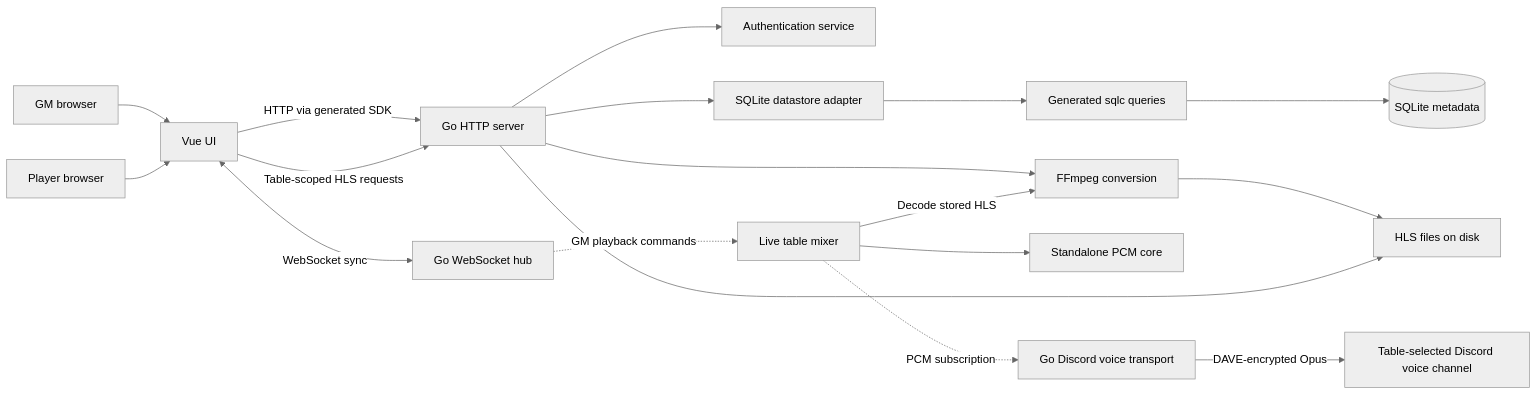
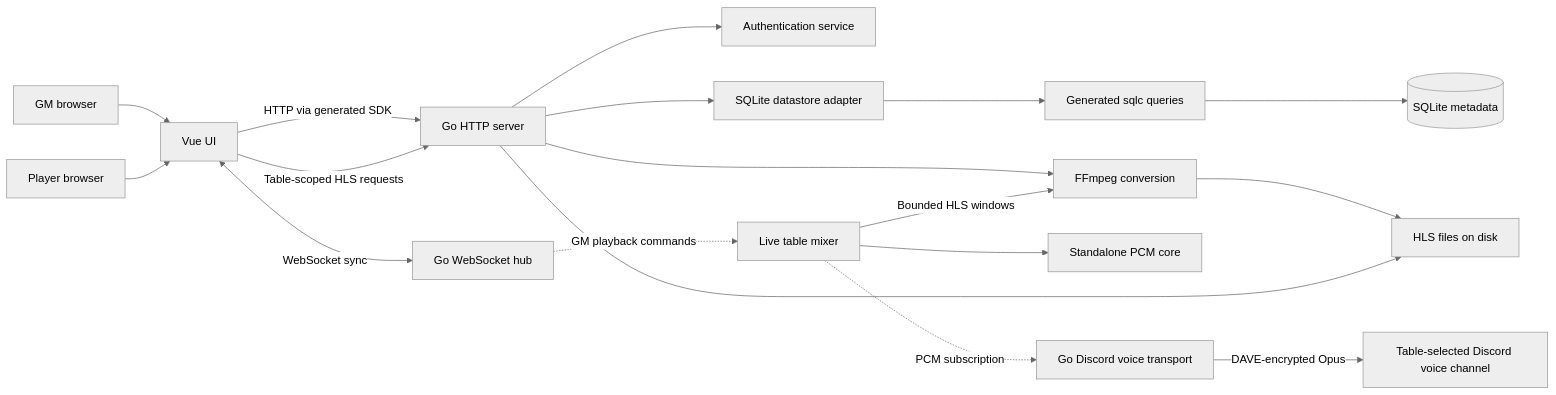
One commit to terrabitz/rpg-audio-streamer changed the diagram in docs/architecture.md. Above: the diagram before and after it, drawn with Mermaid (neutral theme). The commit also changed other lines of this file and 9 other files, not shown here.

Commit message:
feat(mixer): stream long tracks through bounded PCM windows

````diff
--- a/docs/architecture.md
+++ b/docs/architecture.md
@@ -11,20 +11,20 @@
 ```mermaid
 flowchart LR
   GM[GM browser] --> UI[Vue UI]
   Player[Player browser] --> UI
   UI -->|HTTP via generated SDK| API[Go HTTP server]
   UI <-->|WebSocket sync| Hub[Go WebSocket hub]
   UI -->|Table-scoped HLS requests| API
   API --> Auth[Authentication service]
   API --> Store[SQLite datastore adapter]
   Store --> Queries[Generated sqlc queries]
   Queries --> DB[(SQLite metadata)]
   API --> FFmpeg[FFmpeg conversion]
   FFmpeg --> Uploads[HLS files on disk]
   API --> Uploads
   Hub -.->|GM playback commands| Mix[Live table mixer]
   Mix --> PCM[Standalone PCM core]
-  Mix -->|Decode stored HLS| FFmpeg
+  Mix -->|Bounded HLS windows| FFmpeg
   Mix -.->|PCM subscription| Voice[Go Discord voice transport]
   Voice -->|DAVE-encrypted Opus| Discord[Table-selected Discord voice channel]
 ```
````
